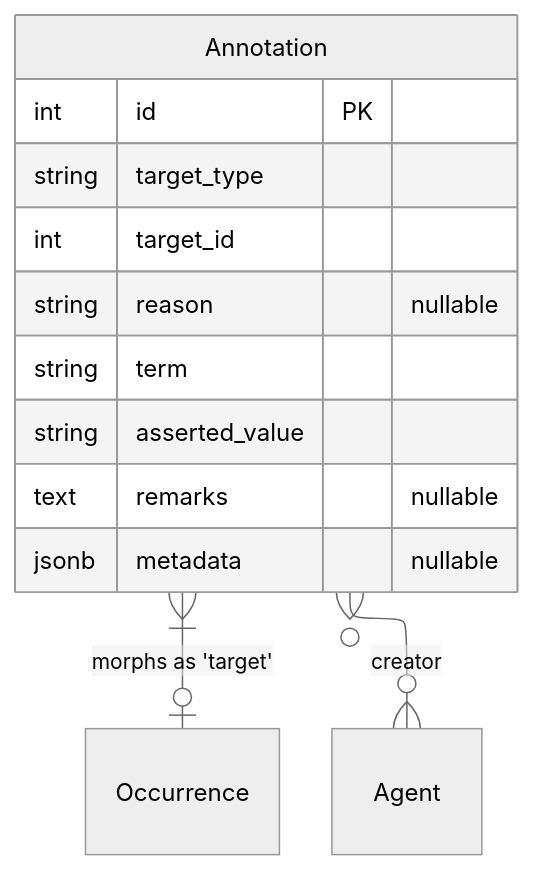
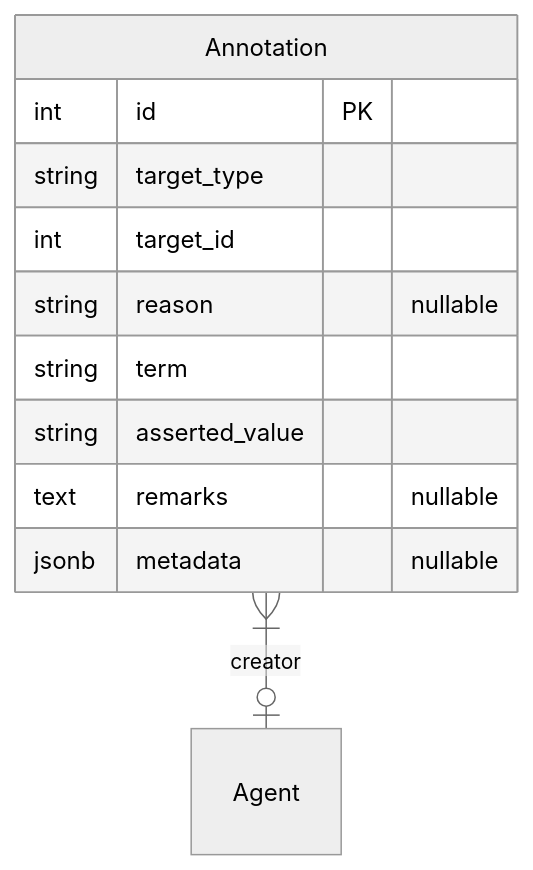
Before and after one commit to vicflora/vicflora-docs: the diagram in source/_mermaid/layer-4c-annotation.mmd, drawn with Mermaid (neutral theme). The commit also changed 26 other files, not shown here.

```diff
--- a/source/_mermaid/layer-4c-annotation.mmd
+++ b/source/_mermaid/layer-4c-annotation.mmd
@@ -1,18 +1,17 @@
 ---
 config:
   layout: elk
 ---
 erDiagram
-    Annotation }|--o| Occurrence : "morphs as 'target'"
-    Annotation }o--o{ Agent : "creator"
+    Annotation }|--o| Agent : "creator"
 
     Annotation {
         int id PK
         string target_type
         int target_id
         string reason "nullable"
         string term
         string asserted_value
         text remarks "nullable"
         jsonb metadata "nullable"
     }
```
